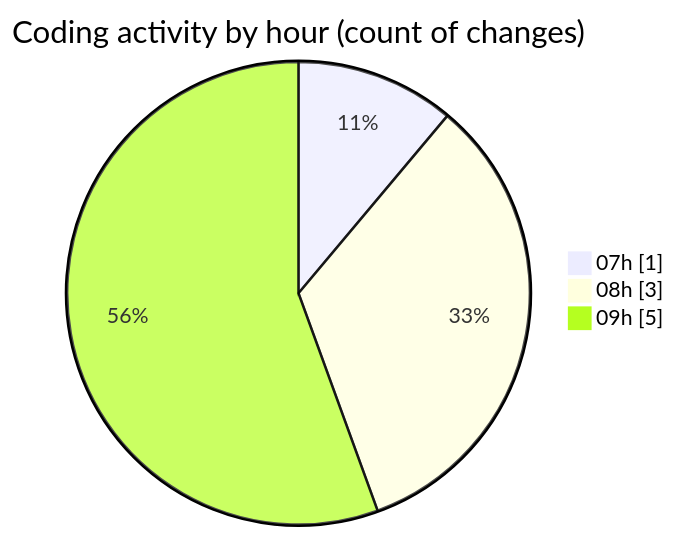
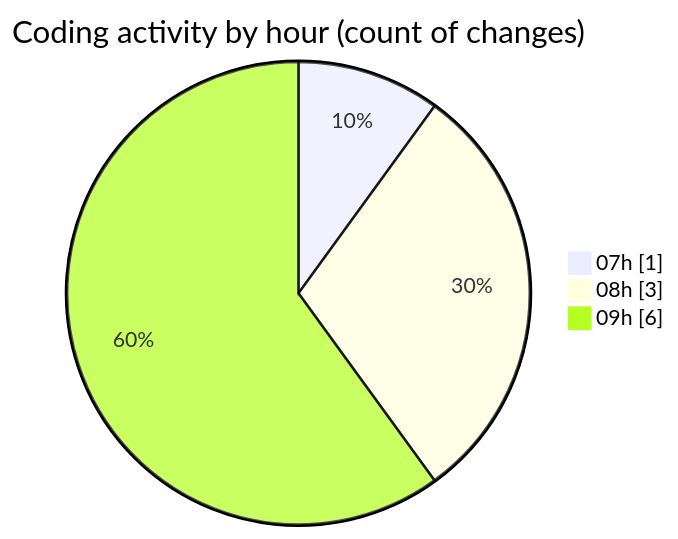
Before and after one commit to tmsrecording-cyber/code-tracking: the second of 2 diagrams in 2026-02-02/singularitybrainai/README.md, drawn with Mermaid. The commit also changed other lines of this file and 1 other file, not shown here.

````diff
--- a/2026-02-02/singularitybrainai/README.md
+++ b/2026-02-02/singularitybrainai/README.md
@@ -28,7 +28,7 @@
 ```mermaid
 pie showData
 title Coding activity by hour (count of changes)
 "07h" : 1
 "08h" : 3
-"09h" : 5
+"09h" : 6
 ```
````
